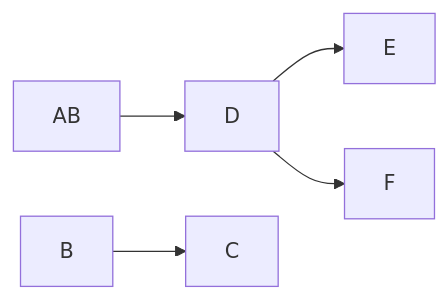
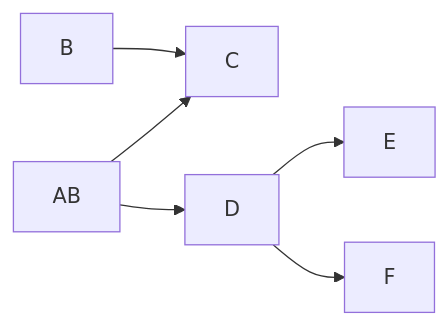
One commit to erralb/bdd changed the second of 2 diagrams in src/content/exercices/01-concepts/09-exercices-01.mdx. Above: the diagram before and after it, drawn with Mermaid. The commit also changed other lines of this file, not shown here.

````diff
--- a/src/content/exercices/01-concepts/09-exercices-01.mdx
+++ b/src/content/exercices/01-concepts/09-exercices-01.mdx
@@ -67,7 +94,8 @@
-  ```mermaid
-  flowchart LR
-      AB --> D
-      B --> C
-      D --> E
-      D --> F
-  ```
+```mermaid
+flowchart LR
+    AB --> C
+    AB --> D
+    B --> C
+    D --> E
+    D --> F
+```
````
